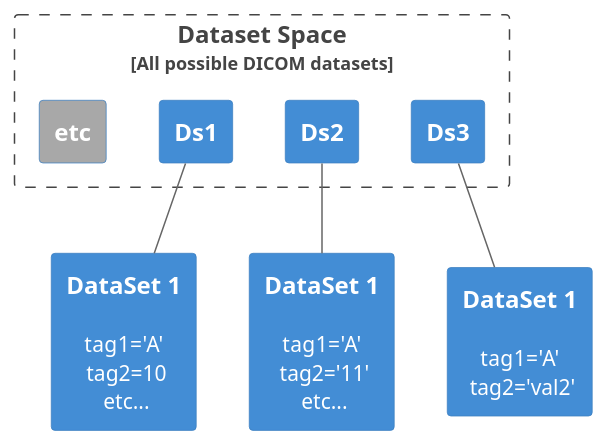
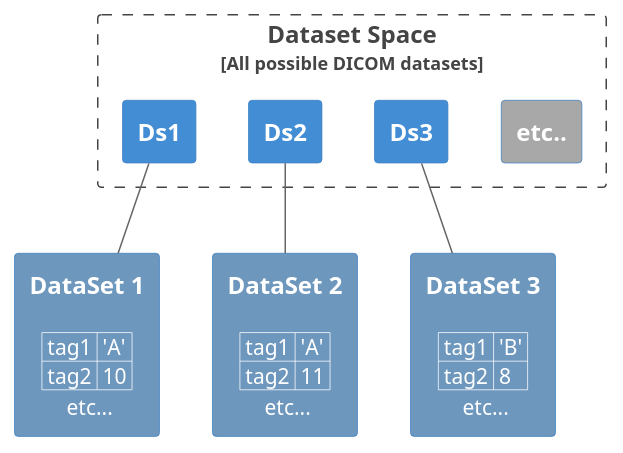
One commit to ResearchBureau/midom changed the diagram in docs/source/diagrams/dataset_space.puml. Above: the diagram before and after it, drawn with PlantUML. The commit also changed 12 other files, not shown here.

```diff
--- a/docs/source/diagrams/dataset_space.puml
+++ b/docs/source/diagrams/dataset_space.puml
@@ -1,25 +1,29 @@
 @startuml
 !includeurl  https://raw.githubusercontent.com/plantuml-stdlib/C4-PlantUML/master/C4_Context.puml
 !includeurl  https://raw.githubusercontent.com/plantuml-stdlib/C4-PlantUML/master/C4_Container.puml
 
 '# remove <<system>> above each block
 HIDE_STEREOTYPE()
 
 Boundary(space, "Dataset Space", "All possible DICOM datasets") {
     Container(ds1, "Ds1")
     Container(ds2, "Ds2")
     Container(ds3, "Ds3")
-    Container(dsX, "etc") #A8A8A8
+    Container(dsX, "etc..") #A8A8A8
 }
 
-Container(ds1_detail, "DataSet 1", "", "tag1='A' \n tag2=10 \n etc...")
+ds1 -[hidden]r- ds2
+ds2 -[hidden]r- ds3
+dsX -[hidden]l- ds3
+
+Container(ds1_detail, "DataSet 1", "", "| tag1 | 'A' |\n| tag2 | 10 |\n etc...") #6E97BE
 ds1 -- ds1_detail
 
-Container(ds2_detail, "DataSet 1", "", "tag1='A' \n tag2='11' \n etc...")
+Container(ds2_detail, "DataSet 2", "", | tag1 | 'A' |\n| tag2 | 11 |\n etc...) #6E97BE
 ds2 -- ds2_detail
 
-Container(ds3_detail, "DataSet 1", "", "tag1='A' \n tag2='val2'")
+Container(ds3_detail, "DataSet 3", "", | tag1 | 'B' |\n| tag2 | 8 |\n etc...) #6E97BE
 ds3 -- ds3_detail
 
 
 @enduml
```
